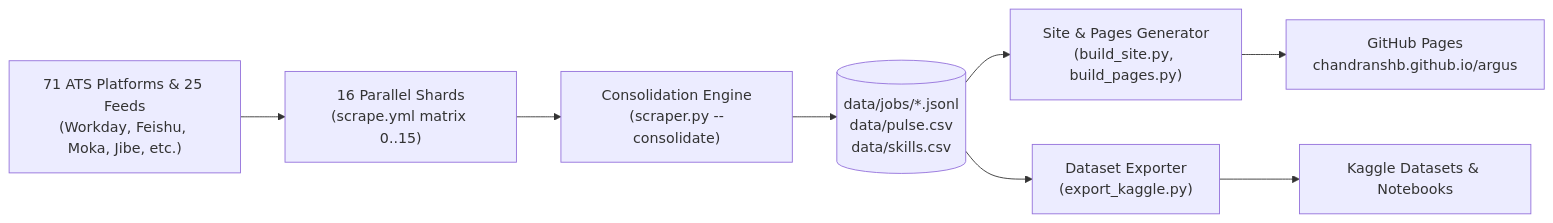
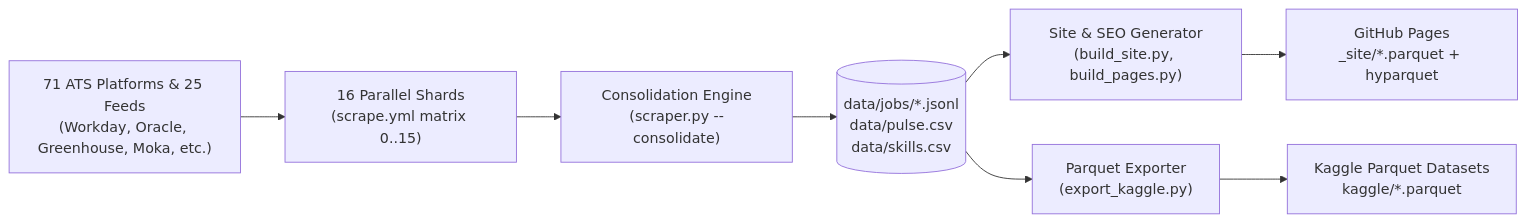
Before and after one commit to chandranshB/roleBase: the diagram in README.md, drawn with Mermaid. The commit also changed other lines of this file and 6 other files, not shown here.

Commit message:
feat(site,docs): serve website in Apache Parquet via hyparquet and optimize README for SEO/GEO/AEO

````diff
--- a/README.md
+++ b/README.md
@@ -108,10 +138,10 @@
 ```mermaid
 flowchart LR
-    A["71 ATS Platforms & 25 Feeds<br/>(Workday, Feishu, Moka, Jibe, etc.)"] --> B["16 Parallel Shards<br/>(scrape.yml matrix 0..15)"]
+    A["71 ATS Platforms & 25 Feeds<br/>(Workday, Oracle, Greenhouse, Moka, etc.)"] --> B["16 Parallel Shards<br/>(scrape.yml matrix 0..15)"]
     B --> C["Consolidation Engine<br/>(scraper.py --consolidate)"]
     C --> D[("data/jobs/*.jsonl<br/>data/pulse.csv<br/>data/skills.csv")]
-    D --> E["Site & Pages Generator<br/>(build_site.py, build_pages.py)"]
-    D --> F["Dataset Exporter<br/>(export_kaggle.py)"]
-    E --> G["GitHub Pages<br/>chandranshb.github.io/argus"]
-    F --> H["Kaggle Datasets & Notebooks"]
+    D --> E["Site & SEO Generator<br/>(build_site.py, build_pages.py)"]
+    D --> F["Parquet Exporter<br/>(export_kaggle.py)"]
+    E --> G["GitHub Pages<br/>_site/*.parquet + hyparquet"]
+    F --> H["Kaggle Parquet Datasets<br/>kaggle/*.parquet"]
 ```
````
